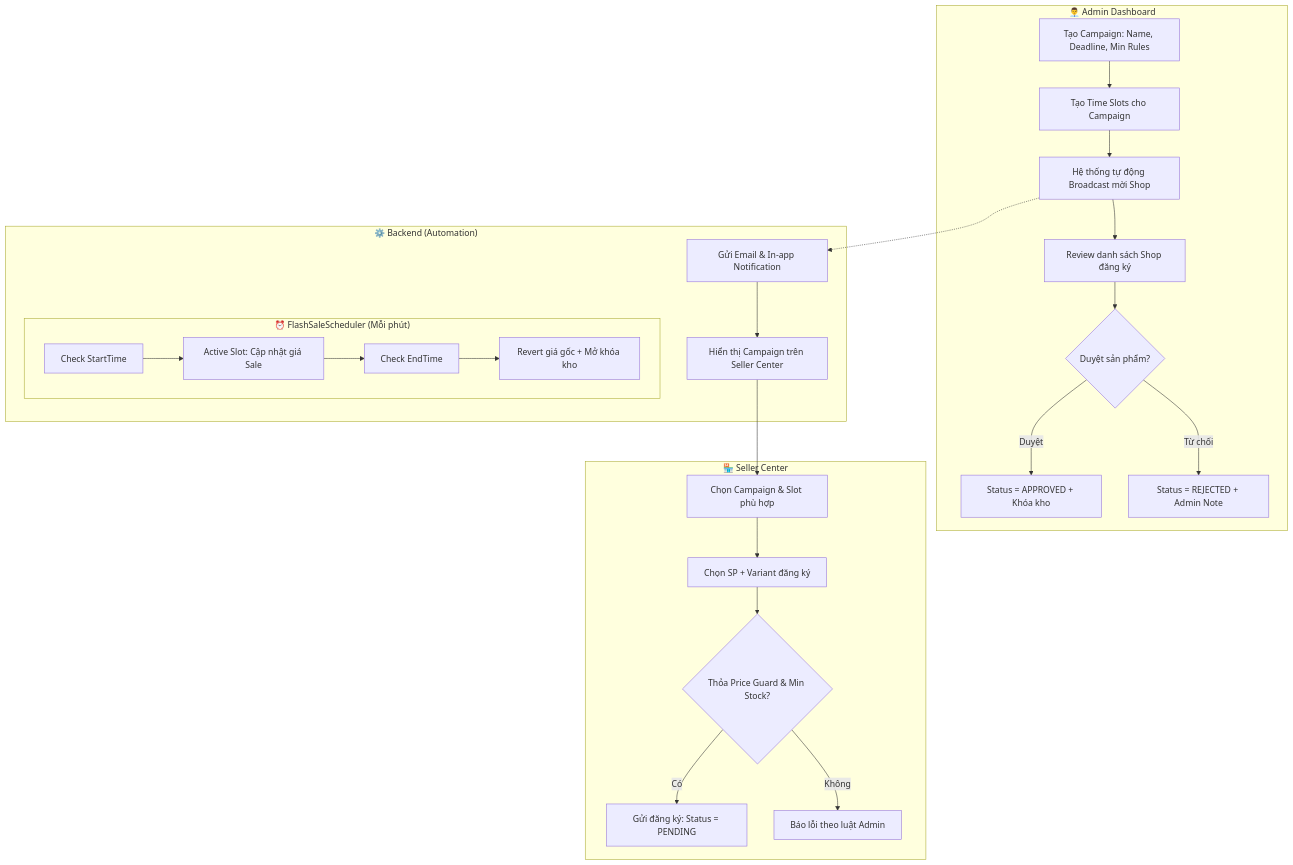
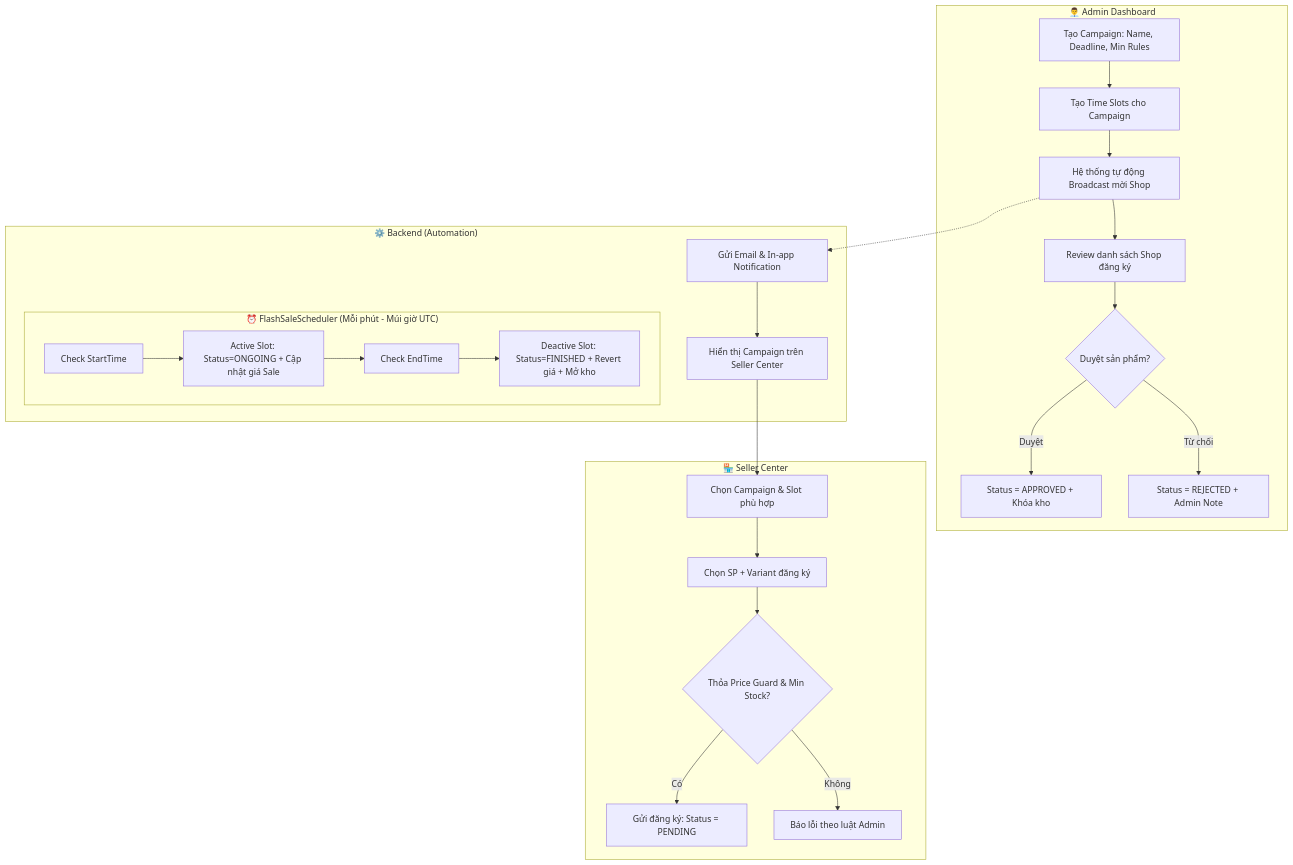
One commit to phongnha230/Web_Shopee_Lab211_Group2 changed the diagram in docs/Luong_FlashSale.md. Above: the diagram before and after it, drawn with Mermaid. The commit also changed other lines of this file and 5 other files, not shown here.

Commit message:
docs: update flash sale management docs and fix visibility status for ongoing slots

````diff
--- a/docs/Luong_FlashSale.md
+++ b/docs/Luong_FlashSale.md
@@ -21,30 +21,30 @@
 ```mermaid
 flowchart TD
     subgraph Admin["👨‍💼 Admin Dashboard"]
         A1[Tạo Campaign: Name, Deadline, Min Rules] --> A2[Tạo Time Slots cho Campaign]
         A2 --> A3[Hệ thống tự động Broadcast mời Shop]
         A3 --> A4[Review danh sách Shop đăng ký]
         A4 --> A5{Duyệt sản phẩm?}
         A5 -->|Duyệt| A6[Status = APPROVED + Khóa kho]
         A5 -->|Từ chối| A7[Status = REJECTED + Admin Note]
     end
 
     subgraph System["⚙️ Backend (Automation)"]
         A3 -.-> B1[Gửi Email & In-app Notification]
         B1 --> B2[Hiển thị Campaign trên Seller Center]
         
-        subgraph Scheduler["⏰ FlashSaleScheduler (Mỗi phút)"]
-            C1[Check StartTime] --> C2[Active Slot: Cập nhật giá Sale]
+        subgraph Scheduler["⏰ FlashSaleScheduler (Mỗi phút - Múi giờ UTC)"]
+            C1[Check StartTime] --> C2[Active Slot: Status=ONGOING + Cập nhật giá Sale]
             C2 --> C3[Check EndTime]
-            C3 --> C4[Revert giá gốc + Mở khóa kho]
+            C3 --> C4[Deactive Slot: Status=FINISHED + Revert giá + Mở kho]
         end
     end
 
     subgraph Seller["🏪 Seller Center"]
         B2 --> S1[Chọn Campaign & Slot phù hợp]
         S1 --> S2[Chọn SP + Variant đăng ký]
         S2 --> S3{Thỏa Price Guard & Min Stock?}
         S3 -->|Có| S4[Gửi đăng ký: Status = PENDING]
         S3 -->|Không| S5[Báo lỗi theo luật Admin]
     end
 ```
````
